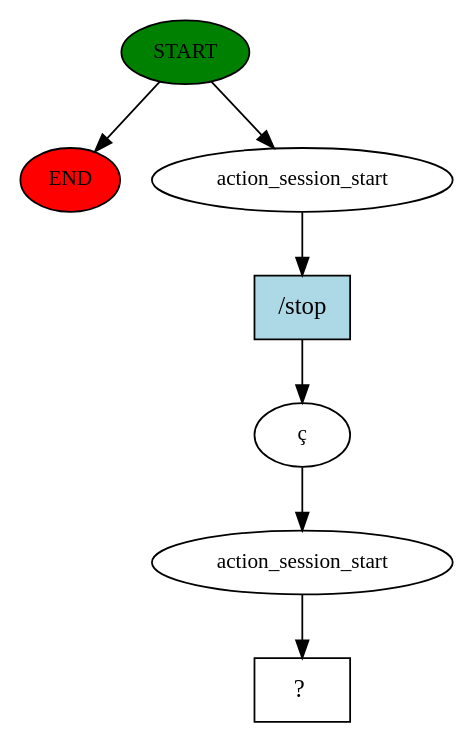
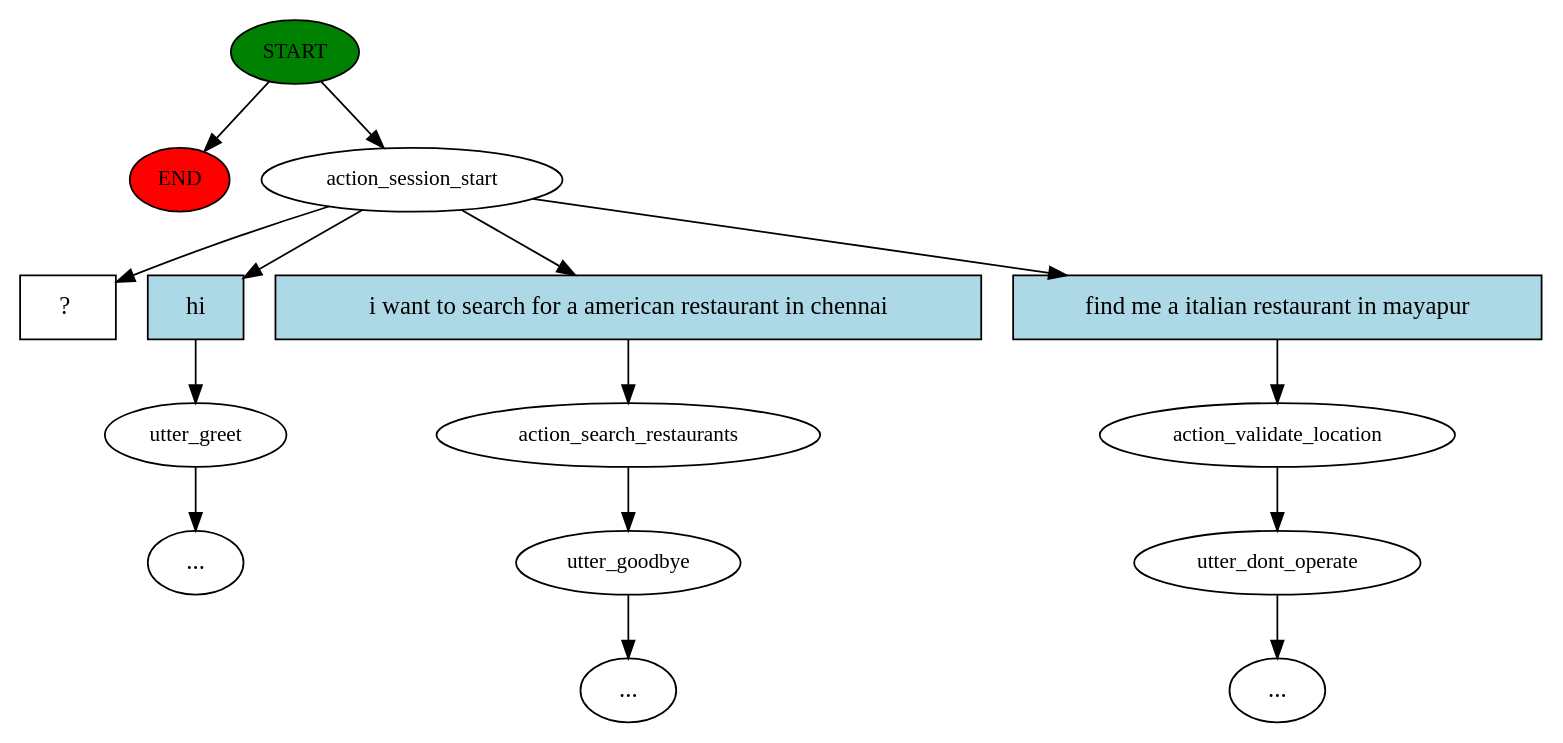
Before and after one commit to n-sundar/Foodie-Chatbot: the diagram in story_graph.dot, drawn with Graphviz. The commit also changed 8 other files, not shown here.

```diff
--- a/story_graph.dot
+++ b/story_graph.dot
@@ -1,15 +1,31 @@
 digraph  {
 0 [class="start active", fillcolor=green, fontsize=12, label=START, style=filled];
 "-1" [class=end, fillcolor=red, fontsize=12, label=END, style=filled];
 1 [class=active, fontsize=12, label=action_session_start];
-2 [class=active, fontsize=12, label="ç"];
-3 [class=active, fontsize=12, label=action_session_start];
-4 [class="intent dashed active", label="  ?  ", shape=rect];
-5 [class="intent active", fillcolor=lightblue, label="/stop", shape=rect, style=filled];
+2 [class="", fontsize=12, label=utter_greet];
+"-3" [class=ellipsis, label="..."];
+4 [class="", fontsize=12, label=action_search_restaurants];
+5 [class="", fontsize=12, label=utter_goodbye];
+"-4" [class=ellipsis, label="..."];
+7 [class="", fontsize=12, label=action_validate_location];
+8 [class="", fontsize=12, label=utter_dont_operate];
+"-5" [class=ellipsis, label="..."];
+10 [class="intent dashed active", label="  ?  ", shape=rect];
+11 [class=intent, fillcolor=lightblue, label=hi, shape=rect, style=filled];
+12 [class=intent, fillcolor=lightblue, label="i want to search for a american restaurant in chennai", shape=rect, style=filled];
+13 [class=intent, fillcolor=lightblue, label="find me a italian restaurant in mayapur", shape=rect, style=filled];
 0 -> "-1"  [class="", key=NONE, label=""];
 0 -> 1  [class=active, key=NONE, label=""];
-1 -> 5  [class=active, key=0];
-2 -> 3  [class=active, key=NONE, label=""];
-3 -> 4  [class=active, key=NONE, label=""];
-5 -> 2  [class=active, key=0];
+1 -> 10  [class=active, key=NONE, label=""];
+1 -> 11  [class="", key=0];
+1 -> 12  [class="", key=0];
+1 -> 13  [class="", key=0];
+2 -> "-3"  [class="", key=NONE, label=""];
+4 -> 5  [class="", key=NONE, label=""];
+5 -> "-4"  [class="", key=NONE, label=""];
+7 -> 8  [class="", key=NONE, label=""];
+8 -> "-5"  [class="", key=NONE, label=""];
+11 -> 2  [class="", key=0];
+12 -> 4  [class="", key=0];
+13 -> 7  [class="", key=0];
 }
```
